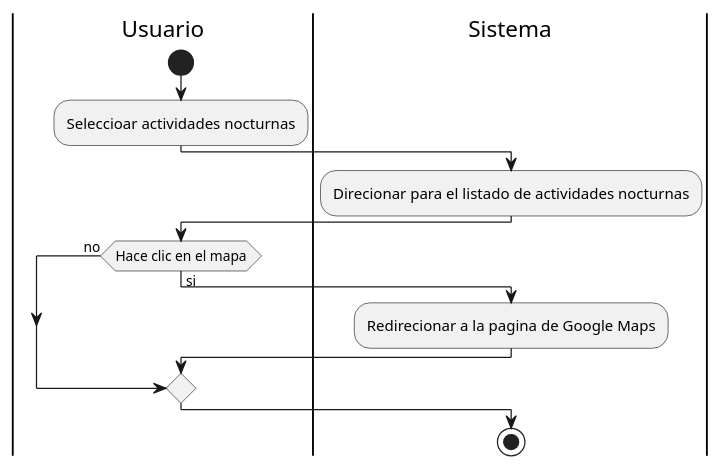
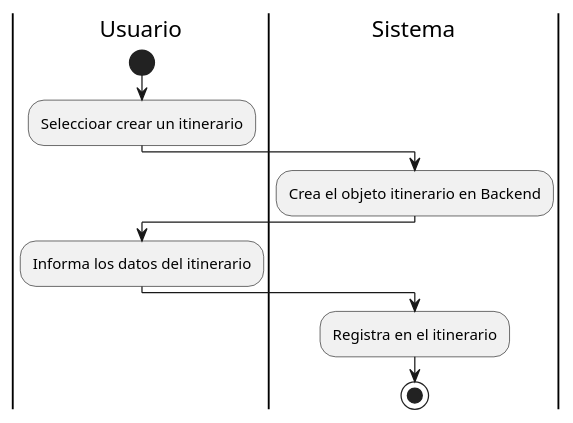
The diagram in docs/04-diagramas/01-diagrama-de-actividades/actividad-flujo-4-actividad-nocturnas.puml (Thallys8/turismo-buenos-aires), drawn with PlantUML before and after one commit.

Commit message:
Update actividad-flujo-4-actividad-nocturnas.puml
Reemplazo del código

```diff
--- a/docs/04-diagramas/01-diagrama-de-actividades/actividad-flujo-4-actividad-nocturnas.puml
+++ b/docs/04-diagramas/01-diagrama-de-actividades/actividad-flujo-4-actividad-nocturnas.puml
@@ -1,18 +1,16 @@
-@startuml actividades-nocturnas
+@startuml actividades-creacion-itinerarios
 |Usuario|
 start 
-:Seleccioar actividades nocturnas;
+:Seleccioar crear un itinerario;
 
 |Sistema|
-:Direcionar para el listado de actividades nocturnas;
+:Crea el objeto itinerario en Backend;
 
 |Usuario|
-if (Hace clic en el mapa)then(si)
+:Informa los datos del itinerario;
 
 |Sistema|
-:Redirecionar a la pagina de Google Maps;
+:Registra en el itinerario;
 
-else(no)
-endif
 stop
 @enduml
```
